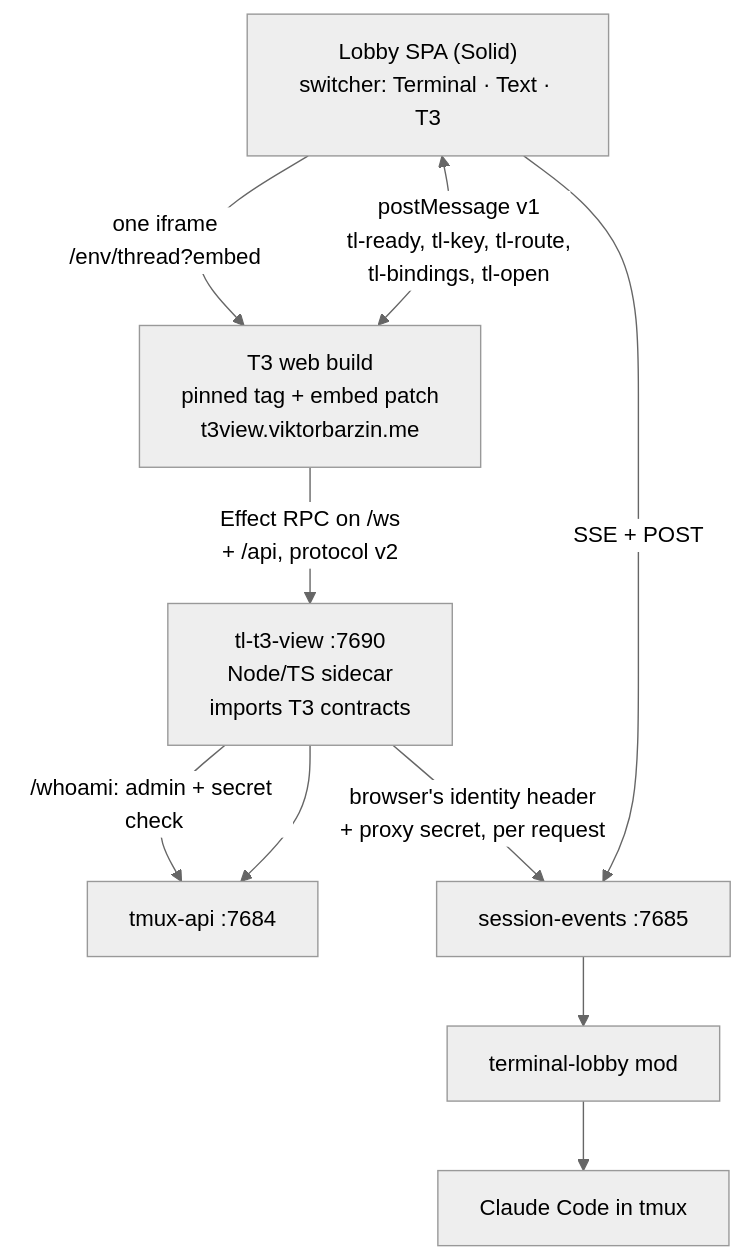
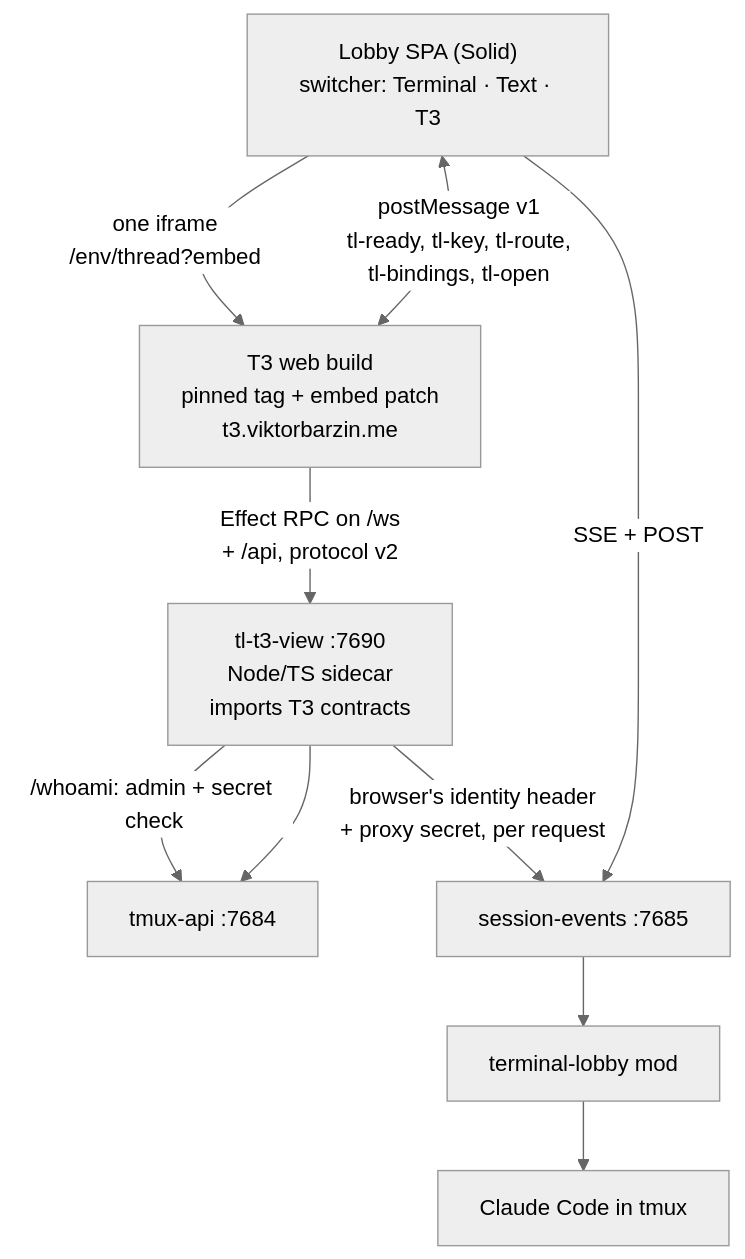
The diagram in docs/plans/2026-10-12-t3-view-design.md (ViktorBarzin/terminal-lobby), drawn with Mermaid (neutral theme) before and after one commit. The commit also changed other lines of this file and 9 other files, not shown here.

````diff
--- a/docs/plans/2026-10-12-t3-view-design.md
+++ b/docs/plans/2026-10-12-t3-view-design.md
@@ -62,11 +62,11 @@
 ```mermaid
 flowchart TD
-  B["Lobby SPA (Solid)<br/>switcher: Terminal · Text · T3"] -->|"one iframe<br/>/env/thread?embed"| W["T3 web build<br/>pinned tag + embed patch<br/>t3view.viktorbarzin.me"]
+  B["Lobby SPA (Solid)<br/>switcher: Terminal · Text · T3"] -->|"one iframe<br/>/env/thread?embed"| W["T3 web build<br/>pinned tag + embed patch<br/>t3.viktorbarzin.me"]
   W <-->|"postMessage v1<br/>tl-ready, tl-key, tl-route,<br/>tl-bindings, tl-open"| B
   W -->|"Effect RPC on /ws<br/>+ /api, protocol v2"| S["tl-t3-view :7690<br/>Node/TS sidecar<br/>imports T3 contracts"]
   S -->|"/whoami: admin + secret check"| TA["tmux-api :7684"]
   S -->|"browser's identity header<br/>+ proxy secret, per request"| SE["session-events :7685"]
   S --> TA
   B -->|"SSE + POST"| SE
   SE --> M["terminal-lobby mod"] --> C["Claude Code in tmux"]
 ```
````
